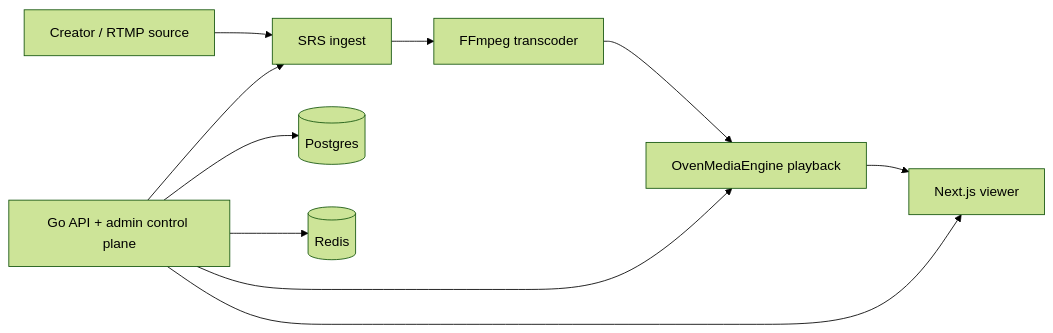
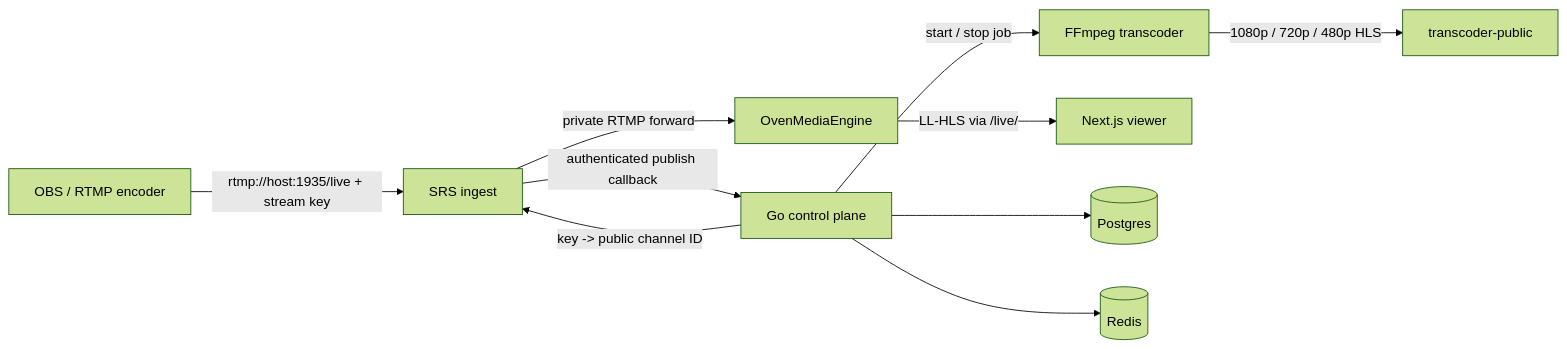
One commit to ProhibitedTV/BitRiver-Live changed the diagram in README.md. Above: the diagram before and after it, drawn with Mermaid (forest theme). The commit also changed other lines of this file and 67 other files, not shown here.

````diff
--- a/README.md
+++ b/README.md
@@ -109,12 +28,12 @@
 ```mermaid
 flowchart LR
-  Creator["Creator / RTMP source"] --> SRS["SRS ingest"]
-  SRS --> Transcoder["FFmpeg transcoder"]
-  Transcoder --> OME["OvenMediaEngine playback"]
-  OME --> Viewer["Next.js viewer"]
-  API["Go API + admin control plane"] --> Viewer
+  OBS["OBS / RTMP encoder"] -->|"rtmp://host:1935/live + stream key"| SRS["SRS ingest"]
+  SRS -->|"authenticated publish callback"| API["Go control plane"]
+  API -->|"key -> public channel ID"| SRS
+  SRS -->|"private RTMP forward"| OME["OvenMediaEngine"]
+  API -->|"start / stop job"| FFmpeg["FFmpeg transcoder"]
+  OME -->|"LL-HLS via /live/"| Viewer["Next.js viewer"]
+  FFmpeg -->|"1080p / 720p / 480p HLS"| Media["transcoder-public"]
   API --> Postgres[("Postgres")]
   API --> Redis[("Redis")]
-  API --> SRS
-  API --> OME
 ```
````
